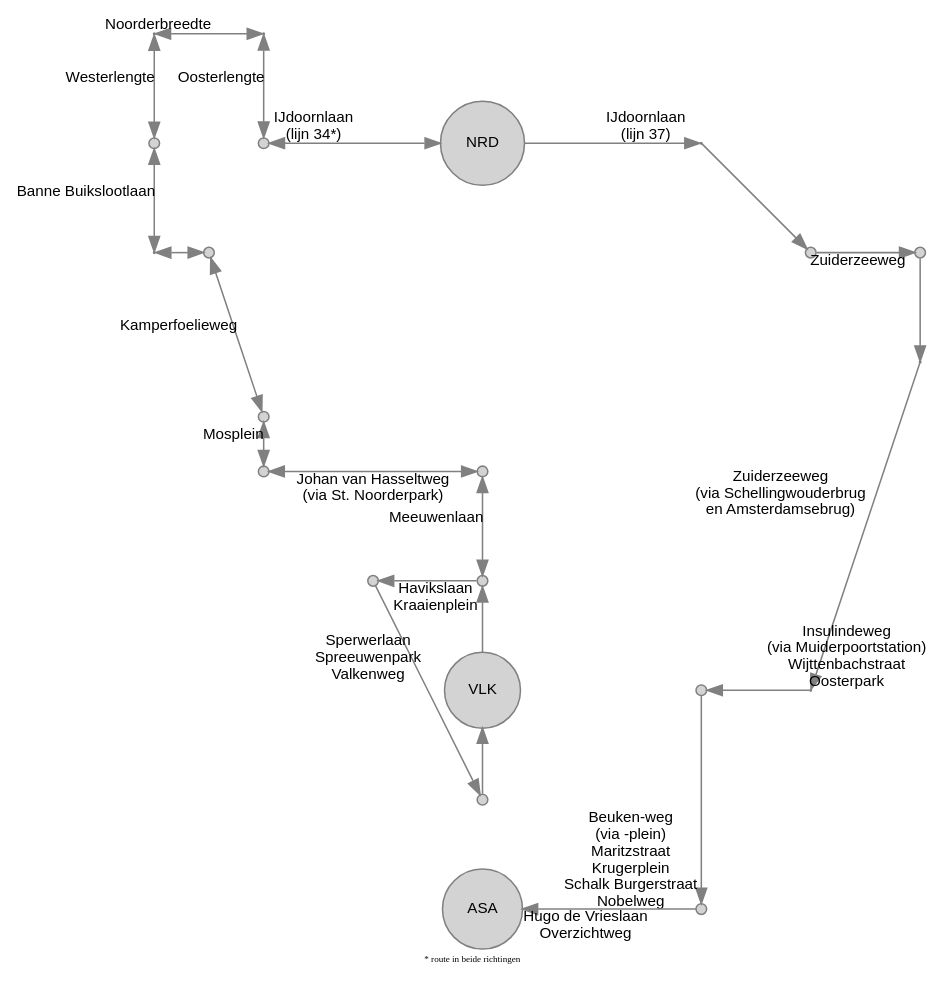
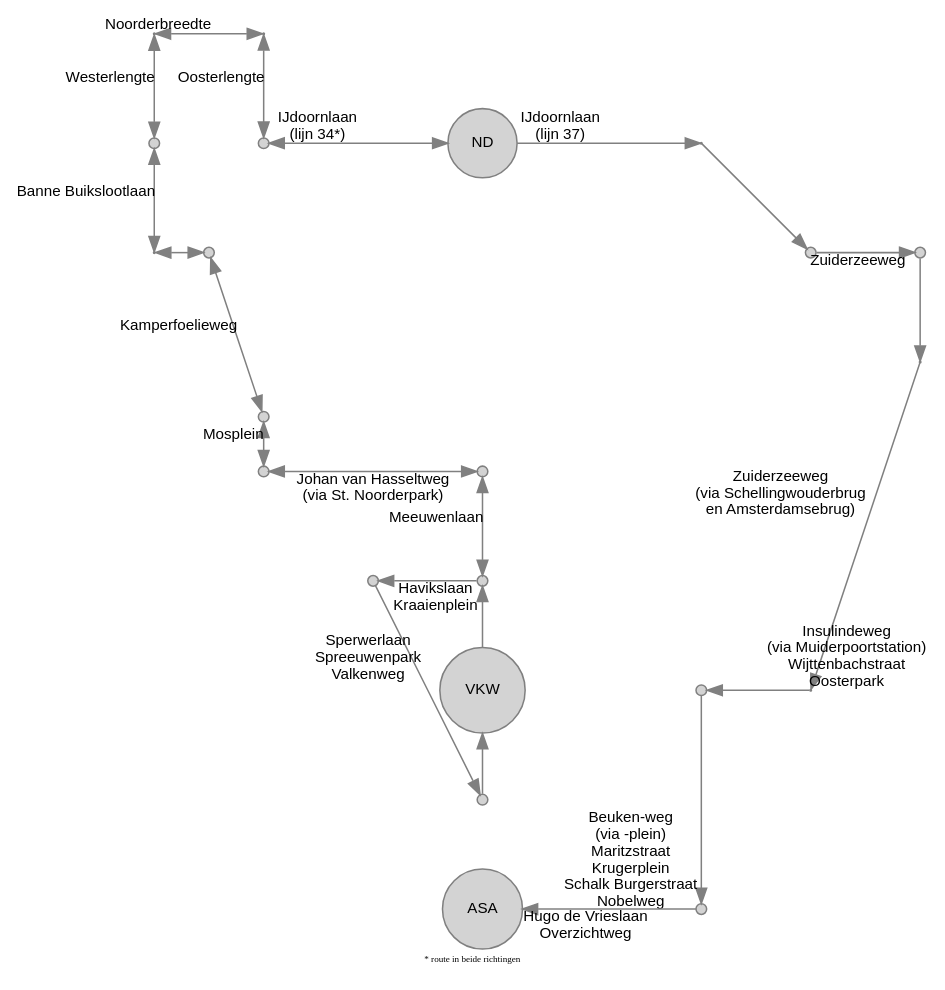
The diagram in gvb/NRD.gv (JacekPardyak/bus), drawn with Graphviz before and after one commit. The commit also changed 32 other files, not shown here.

```diff
--- a/gvb/NRD.gv
+++ b/gvb/NRD.gv
@@ -1,84 +1,84 @@
 digraph G {
   layout = neato
   node [shape = circle, style = filled, fillcolor = lightgray, color=gray, height=0.1, label = "", fontsize = 10, fontname = "Arial"]
   edge [color=gray, fontsize = 10, fontname = "Arial"]
 
-  3400 [pos = " 1, 0!", label = "NRD"]
+  3400 [pos = " 1, 0!", label = "ND"]
   3401 [pos = "-1, 0!"]
   3402 [pos = "-1, 1!", height=0.01]
   3403 [pos = "-2, 1!", height=0.01]
   3404 [pos = "-2,-1!", height=0.01]
   3405 [pos = "-1.5,-1!"]
   3406 [pos = "-1,-3!"]
   3407 [pos = " 1,-3!"]
   3408 [pos = " 1,-4!"]
   3409 [pos = " 0,-4!"]
   3410 [pos = " 1,-6!"]
-  3411 [pos = " 1,-5!", label = "VLK"]
+  3411 [pos = " 1,-5!", label = "VKW"]
   3412 [pos = "-2, 0!"]
   3413 [pos = "-1,-2.5!"]
 
 
   3701 [pos = " 3, 0!", height=0.01]
   3702 [pos = " 4, -1!"]
   3703 [pos = " 5, -1!"]
   3704 [pos = " 5, -2!", height=0.01]
   3705 [pos = " 4, -5!", height=0.01]
   3709 [pos = " 3, -5!"]
   3707 [pos = " 3, -7!"]
   3708 [pos = " 1, -7!", label = "ASA"]  
   
   3400 -> 3401 [dir = both, label = "IJdoornlaan 
  (lijn 34*)"]
   3401 -> 3402 [dir = both, label = "Oosterlengte"]
   3402 -> 3403 [dir = both, label = "Noorderbreedte"]
   3403 -> 3412 [dir = both, label = "Westerlengte"]
   3412 -> 3404 [dir = both, label = "Banne Buikslootlaan"]
   3404 -> 3405 [dir = both, label = ""]
   3405 -> 3413 [dir = both, label = "Kamperfoelieweg"]
   3413 -> 3406 [dir = both, label = "Mosplein"]
 
   3406 -> 3407 [dir = both, label = "Johan van Hasseltweg 
  (via St. Noorderpark)"]
   3407 -> 3408 [dir = both, label = "Meeuwenlaan"]
   3408 -> 3409 [label = "Havikslaan 
  Kraaienplein"]
   3409 -> 3410 [label = "Sperwerlaan 
  Spreeuwenpark 
  Valkenweg"]
 
   3410 -> 3411 [label = ""]
   3411 -> 3408 [label = ""]
  
   3400 -> 3701 [label = "IJdoornlaan 
  (lijn 37)"]
 
   3701 -> 3702 [label = ""]
   3702 -> 3703 [label = "Zuiderzeeweg"]
   3703 -> 3704 [label = ""]
   
   3704 -> 3705 [label = "Zuiderzeeweg 
  (via Schellingwouderbrug 
  en Amsterdamsebrug) 
 "]
 
   3705 -> 3709 [label = "Insulindeweg 
  (via Muiderpoortstation)
  Wijttenbachstraat 
  Oosterpark "]
   
   3709 -> 3707 [label = "
 Beuken-weg 
 (via -plein)
  Maritzstraat 
  Krugerplein 
  Schalk Burgerstraat 
  Nobelweg"]
   3707 -> 3708 [label = "Hugo de Vrieslaan 
  Overzichtweg"]
 
   labelloc="b"
   label="* route in beide richtingen"
   fontsize=6
 
 }
```
